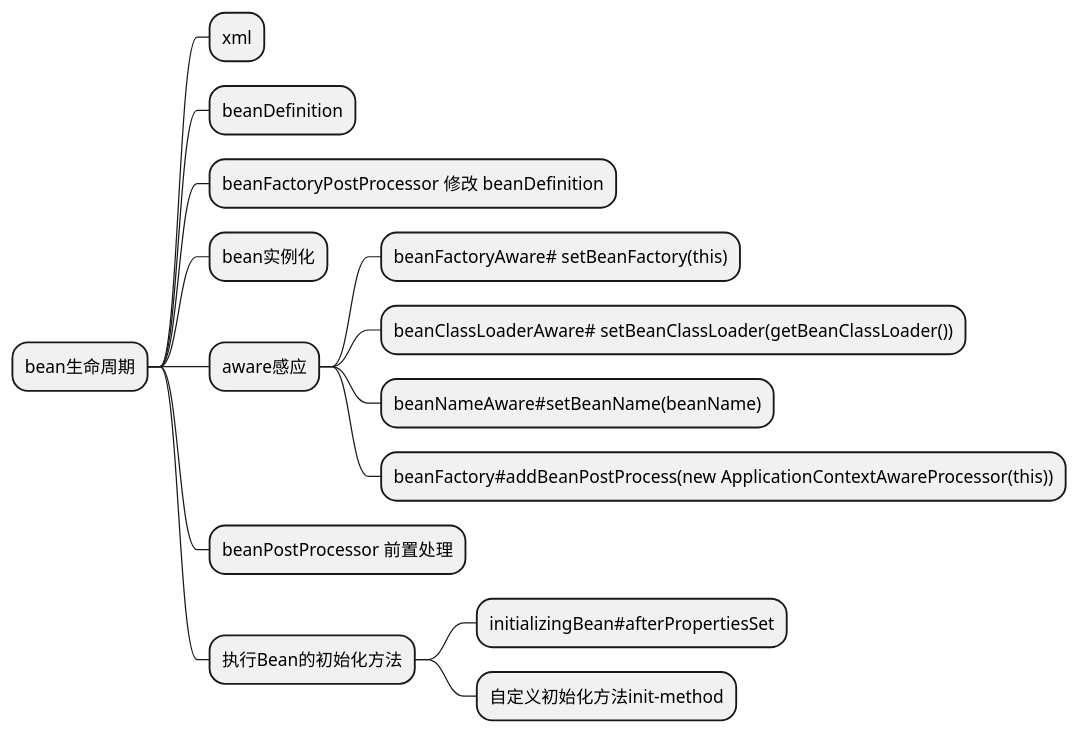
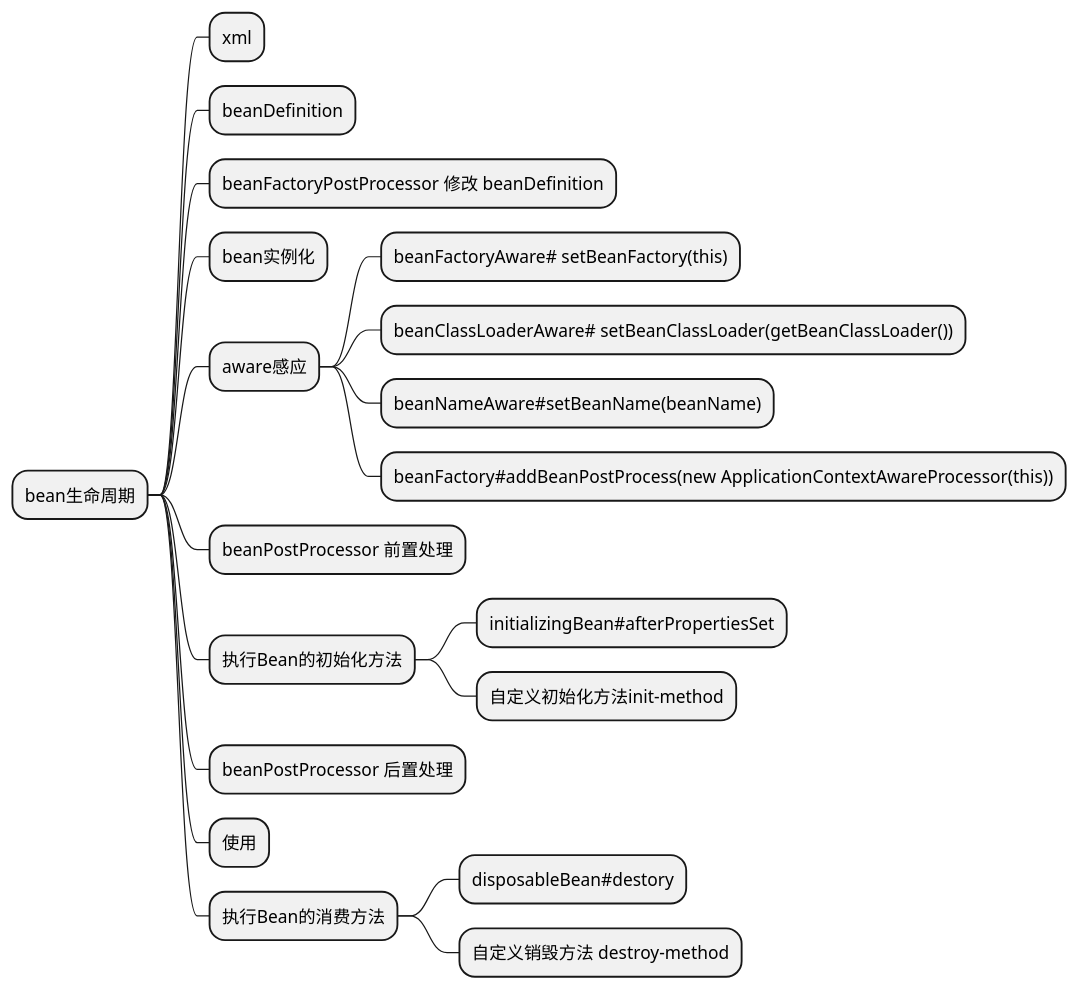
One commit to sunnynie/note changed the diagram in spring/spring生命周期.puml. Above: the diagram before and after it, drawn with PlantUML.

Commit message:
add:bean 生命周期

```diff
--- a/spring/spring生命周期.puml
+++ b/spring/spring生命周期.puml
@@ -1,18 +1,22 @@
 @startmindmap
 * bean生命周期
 ** xml
 ** beanDefinition
 ** beanFactoryPostProcessor 修改 beanDefinition
 ** bean实例化
 ** aware感应
 *** beanFactoryAware# setBeanFactory(this)
 *** beanClassLoaderAware# setBeanClassLoader(getBeanClassLoader())
 *** beanNameAware#setBeanName(beanName)
 *** beanFactory#addBeanPostProcess(new ApplicationContextAwareProcessor(this))
 
 ** beanPostProcessor 前置处理
 ** 执行Bean的初始化方法
 *** initializingBean#afterPropertiesSet
 *** 自定义初始化方法init-method
-
+** beanPostProcessor 后置处理
+** 使用
+** 执行Bean的消费方法
+*** disposableBean#destory
+*** 自定义销毁方法 destroy-method
 @endmindmap
```
